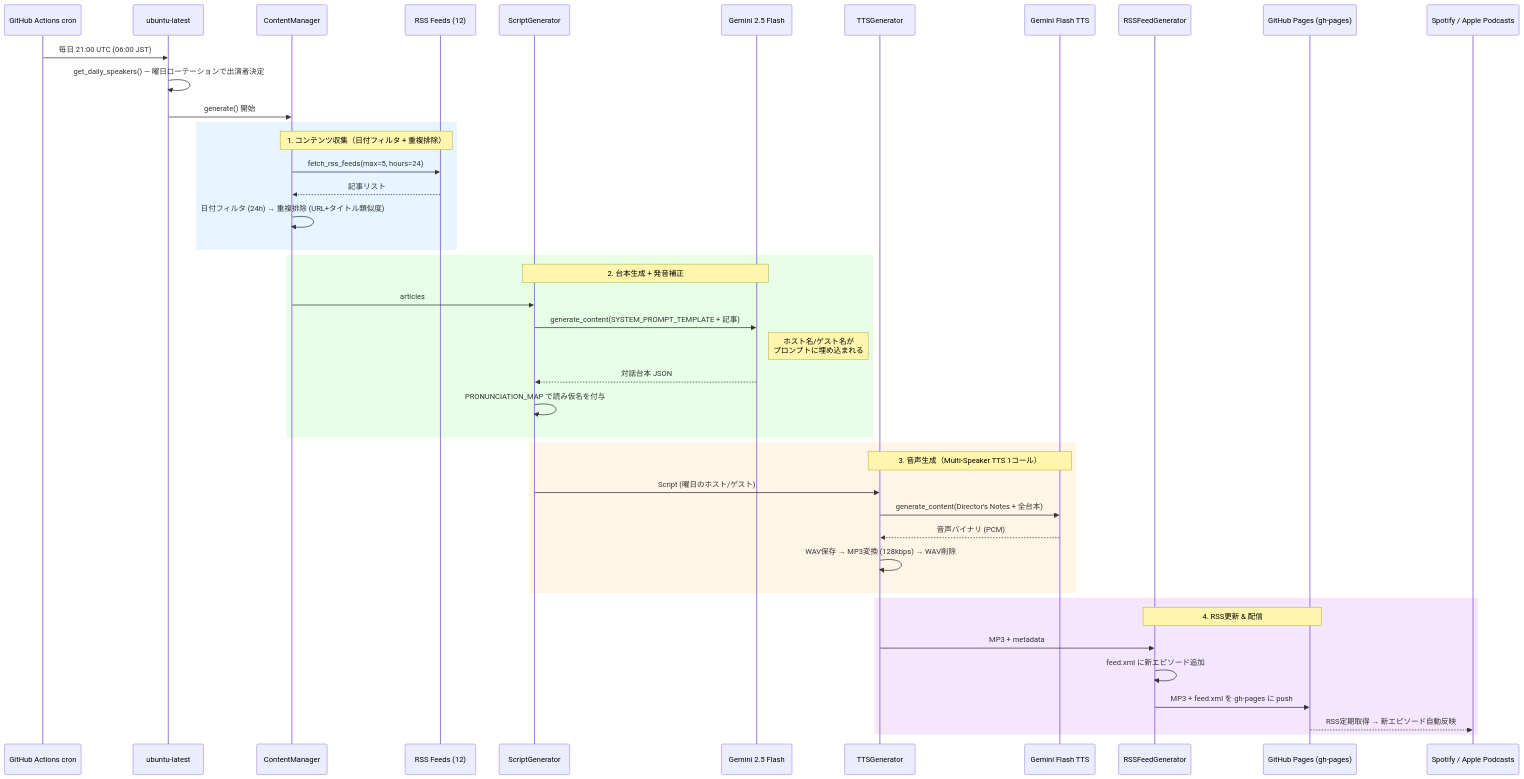
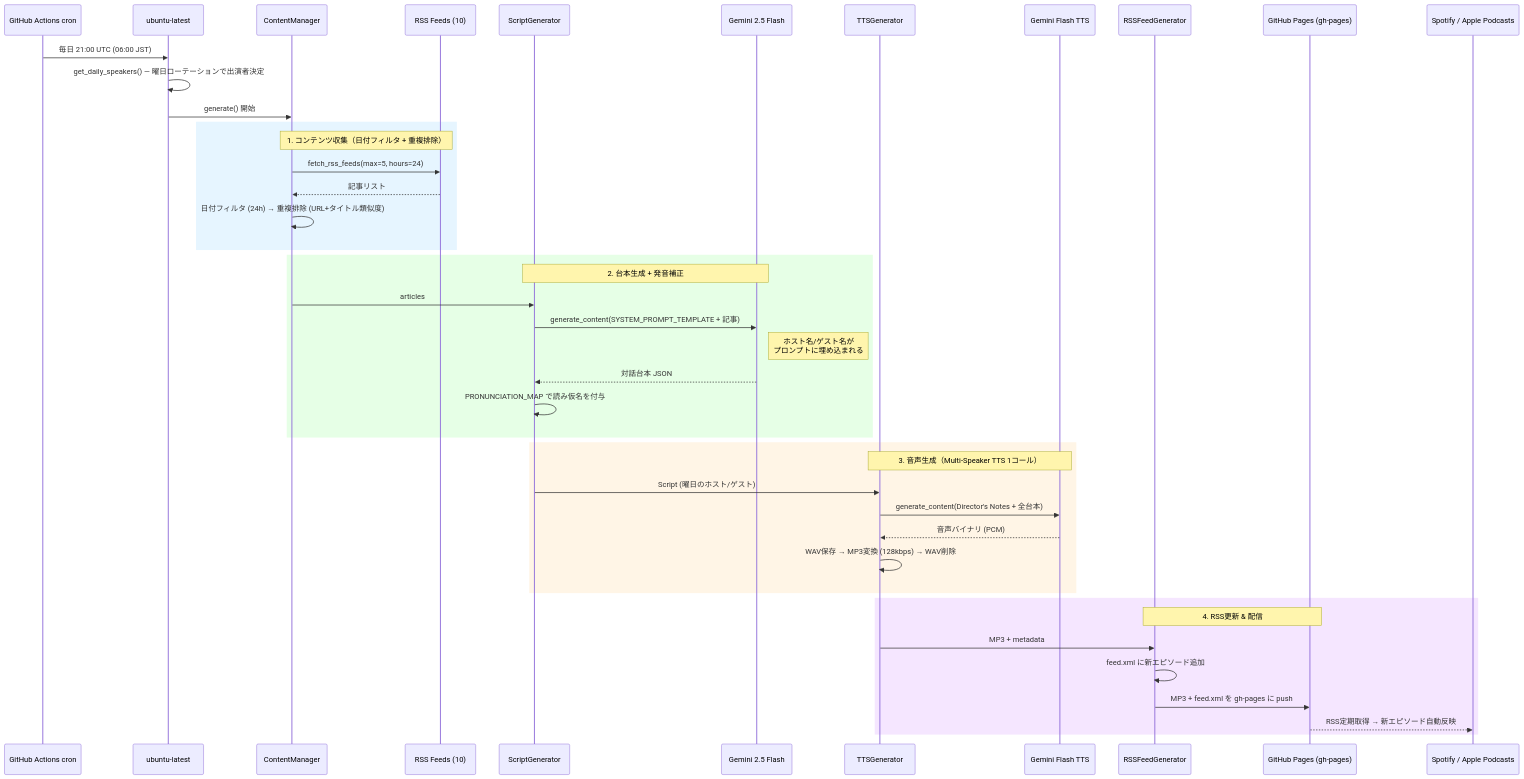
Before and after one commit to necoha/auto-podcast: the third of 4 diagrams in docs/HLD.md, drawn with Mermaid. The commit also changed other lines of this file and 2 other files, not shown here.

````diff
--- a/docs/HLD.md
+++ b/docs/HLD.md
@@ -107,50 +107,50 @@
 ```mermaid
 sequenceDiagram
     participant Cron as GitHub Actions cron
     participant Runner as ubuntu-latest
     participant CM as ContentManager
-    participant RSS as RSS Feeds (12)
+    participant RSS as RSS Feeds (10)
     participant SG as ScriptGenerator
     participant Gemini as Gemini 2.5 Flash
     participant TTS as TTSGenerator
     participant GTTS as Gemini Flash TTS
     participant RGEN as RSSFeedGenerator
     participant GHP as GitHub Pages (gh-pages)
     participant Spotify as Spotify / Apple Podcasts
 
     Cron->>Runner: 毎日 21:00 UTC (06:00 JST)
     Runner->>Runner: get_daily_speakers() — 曜日ローテーションで出演者決定
     Runner->>CM: generate() 開始
 
     rect rgb(230, 245, 255)
         Note over CM,RSS: 1. コンテンツ収集（日付フィルタ + 重複排除）
         CM->>RSS: fetch_rss_feeds(max=5, hours=24)
         RSS-->>CM: 記事リスト
         CM->>CM: 日付フィルタ (24h) → 重複排除 (URL+タイトル類似度)
     end
 
     rect rgb(230, 255, 230)
         Note over SG,Gemini: 2. 台本生成 + 発音補正
         CM->>SG: articles
         SG->>Gemini: generate_content(SYSTEM_PROMPT_TEMPLATE + 記事)
         Note right of Gemini: ホスト名/ゲスト名が<br/>プロンプトに埋め込まれる
         Gemini-->>SG: 対話台本 JSON
         SG->>SG: PRONUNCIATION_MAP で読み仮名を付与
     end
 
     rect rgb(255, 245, 230)
         Note over TTS,GTTS: 3. 音声生成（Multi-Speaker TTS 1コール）
         SG->>TTS: Script (曜日のホスト/ゲスト)
         TTS->>GTTS: generate_content(Director's Notes + 全台本)
         GTTS-->>TTS: 音声バイナリ (PCM)
         TTS->>TTS: WAV保存 → MP3変換 (128kbps) → WAV削除
     end
 
     rect rgb(245, 230, 255)
         Note over RGEN,GHP: 4. RSS更新 & 配信
         TTS->>RGEN: MP3 + metadata
         RGEN->>RGEN: feed.xml に新エピソード追加
         RGEN->>GHP: MP3 + feed.xml を gh-pages に push
         GHP-->>Spotify: RSS定期取得 → 新エピソード自動反映
     end
 ```
````
